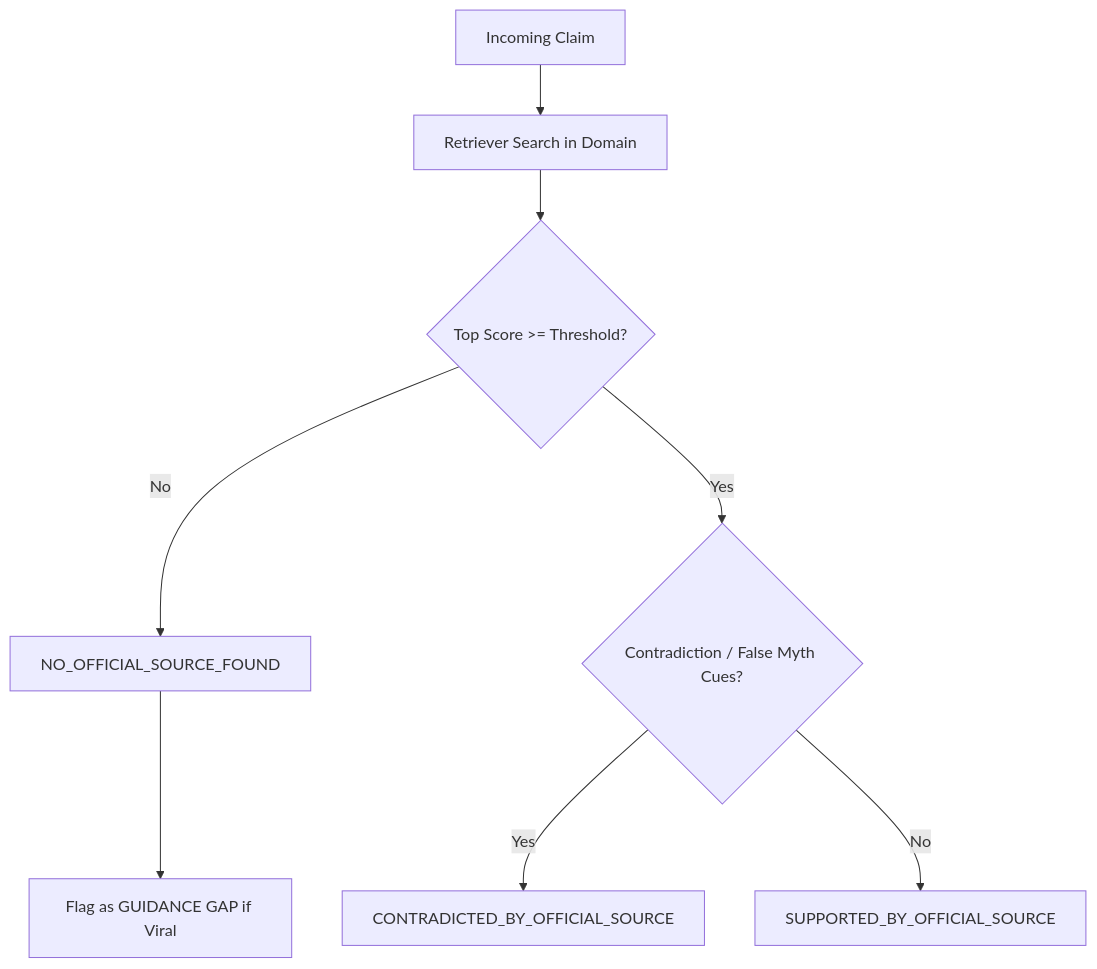
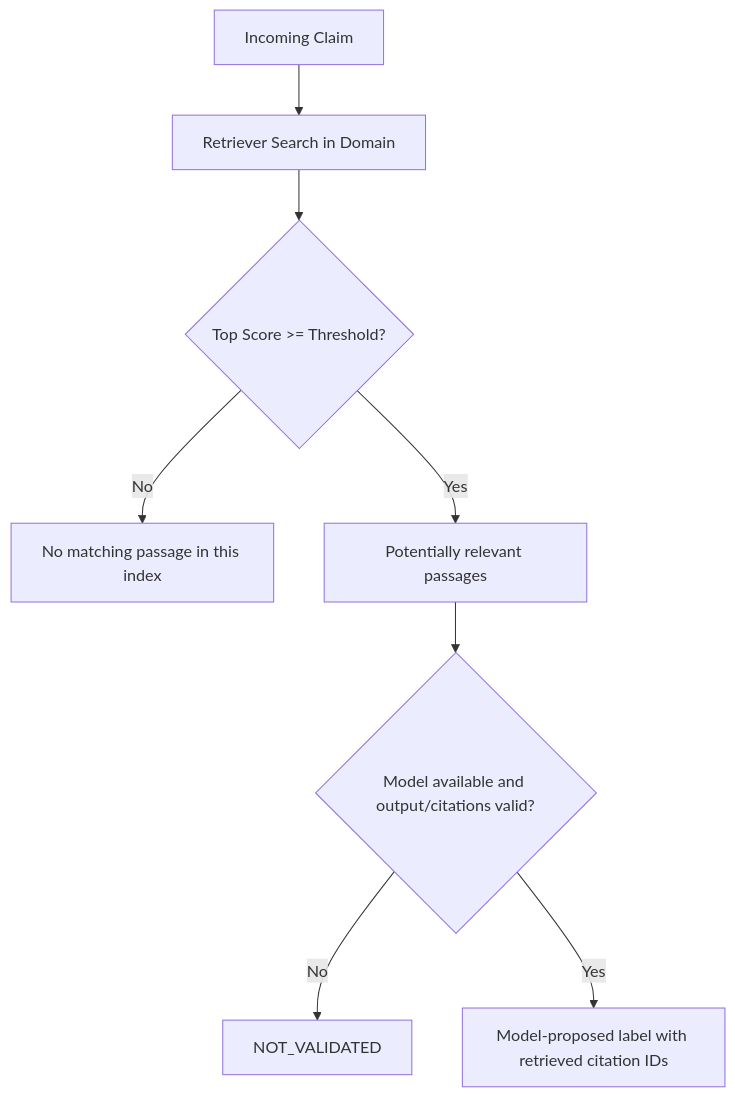
The diagram in backend/docs/MODEL.md (Aratoluwada/safeclaim), drawn with Mermaid before and after one commit. The commit also changed other lines of this file and 4 other files, not shown here.

Commit message:
docs: update API contract, model architecture, and evaluation benchmarks with latest security specifications

````diff
--- a/backend/docs/MODEL.md
+++ b/backend/docs/MODEL.md
@@ -101,10 +87,10 @@
 ```mermaid
 graph TD
     A[Incoming Claim] --> B[Retriever Search in Domain]
     B --> C{Top Score >= Threshold?}
-    C -- No --> D[NO_OFFICIAL_SOURCE_FOUND]
-    D --> E[Flag as GUIDANCE GAP if Viral]
-    C -- Yes --> F{Contradiction / False Myth Cues?}
-    F -- Yes --> G[CONTRADICTED_BY_OFFICIAL_SOURCE]
-    F -- No --> H[SUPPORTED_BY_OFFICIAL_SOURCE]
+   C -- No --> D[No matching passage in this index]
+   C -- Yes --> E[Potentially relevant passages]
+   E --> F{Model available and output/citations valid?}
+   F -- No --> G[NOT_VALIDATED]
+   F -- Yes --> H[Model-proposed label with retrieved citation IDs]
 ```
````
